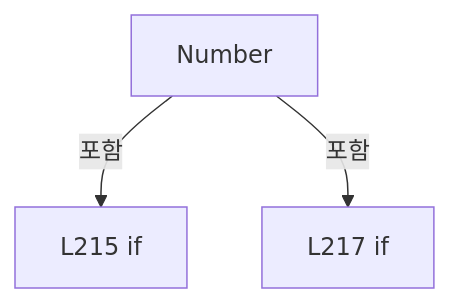
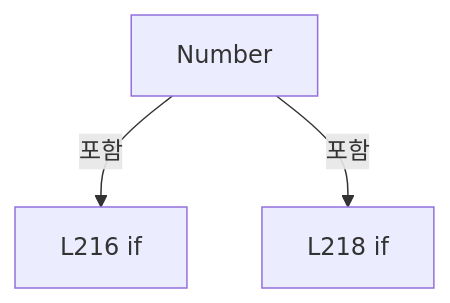
Before and after one commit to kjuws10-rgb/Shared: the ninth of 11 diagrams in A3 LD Code Ref/files/Drilling.Common/Managers/CSettingManager.cs.md, drawn with Mermaid. The commit also changed other lines of this file and 1984 other files, not shown here.

Commit message:
docs(a3): update 11.17.0 architecture and complete code reference

````diff
--- a/A3 LD Code Ref/files/Drilling.Common/Managers/CSettingManager.cs.md
+++ b/A3 LD Code Ref/files/Drilling.Common/Managers/CSettingManager.cs.md
@@ -1765,8 +1769,8 @@
 ```mermaid
 flowchart TD
  M["Number"]
- N0["L215 if"]
+ N0["L216 if"]
  M -->|포함| N0
- N1["L217 if"]
+ N1["L218 if"]
  M -->|포함| N1
 ```
````
